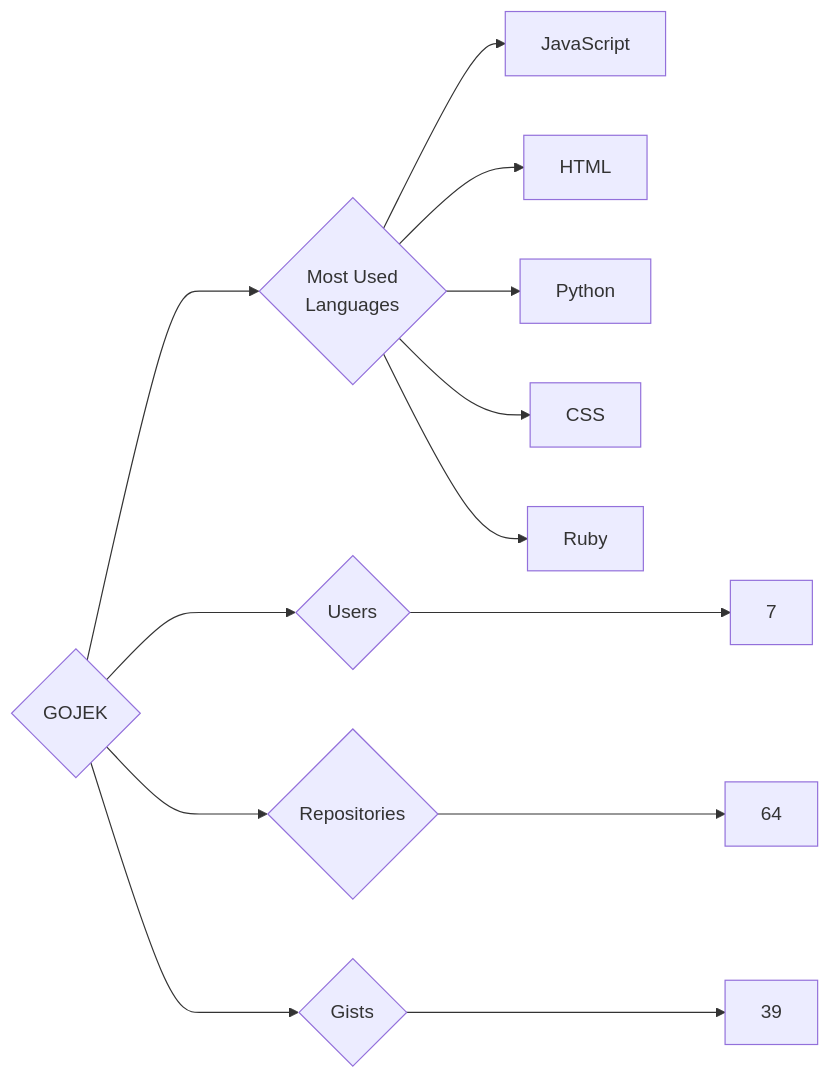
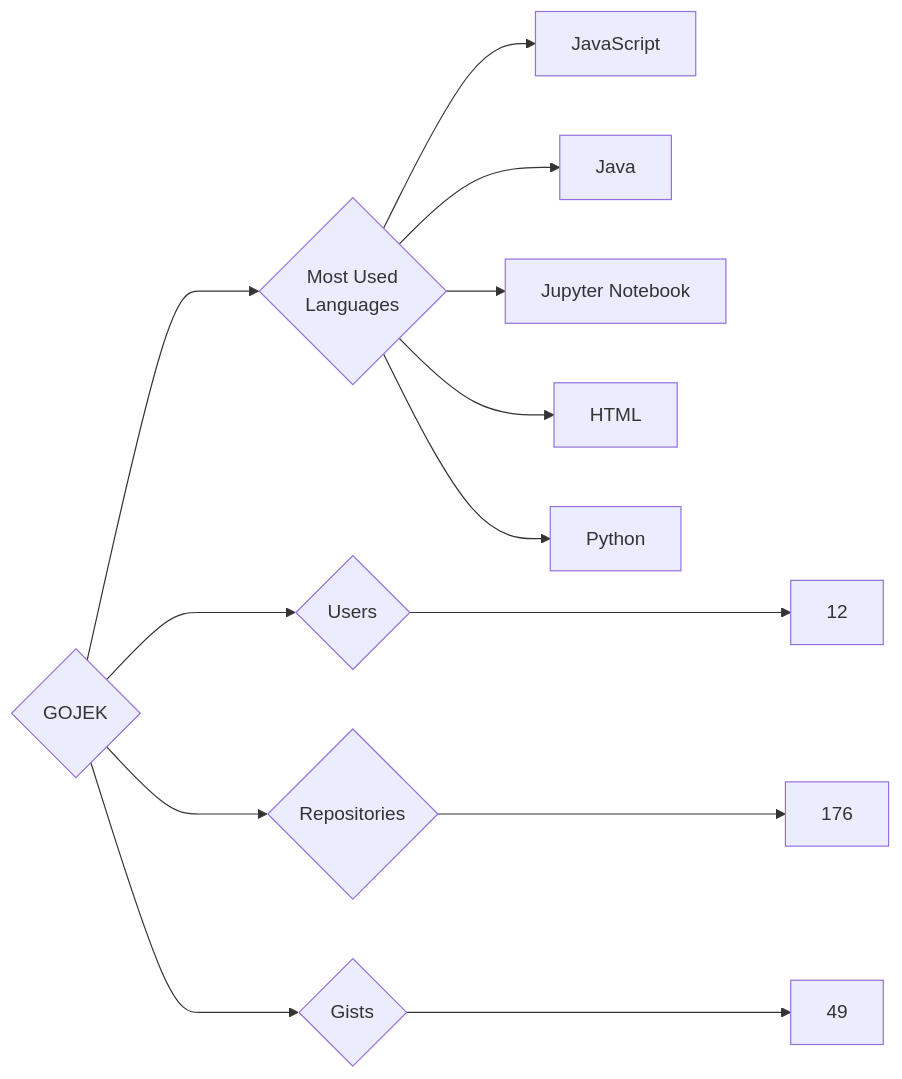
One commit to trickest/insiders changed the diagram in targets/GOJEK/README.md. Above: the diagram before and after it, drawn with Mermaid. The commit also changed 1212 other files, not shown here.

````diff
--- a/targets/GOJEK/README.md
+++ b/targets/GOJEK/README.md
@@ -3,13 +3,13 @@
 ```mermaid
 graph LR
 COMPANY_NAME{GOJEK}
-COMPANY_NAME ---> U{Users} ---> UN[7]
-COMPANY_NAME ---> R{Repositories} ---> RN[64]
-COMPANY_NAME ---> G{Gists} ---> GN[39]
+COMPANY_NAME ---> U{Users} ---> UN[12]
+COMPANY_NAME ---> R{Repositories} ---> RN[176]
+COMPANY_NAME ---> G{Gists} ---> GN[49]
 COMPANY_NAME ---> ML{Most Used<br>Languages}
 ML --> JavaScript[JavaScript]
+ML --> Java[Java]
+ML --> Jupyter_Notebook[Jupyter Notebook]
 ML --> HTML[HTML]
 ML --> Python[Python]
-ML --> CSS[CSS]
-ML --> Ruby[Ruby]
 ```
````
